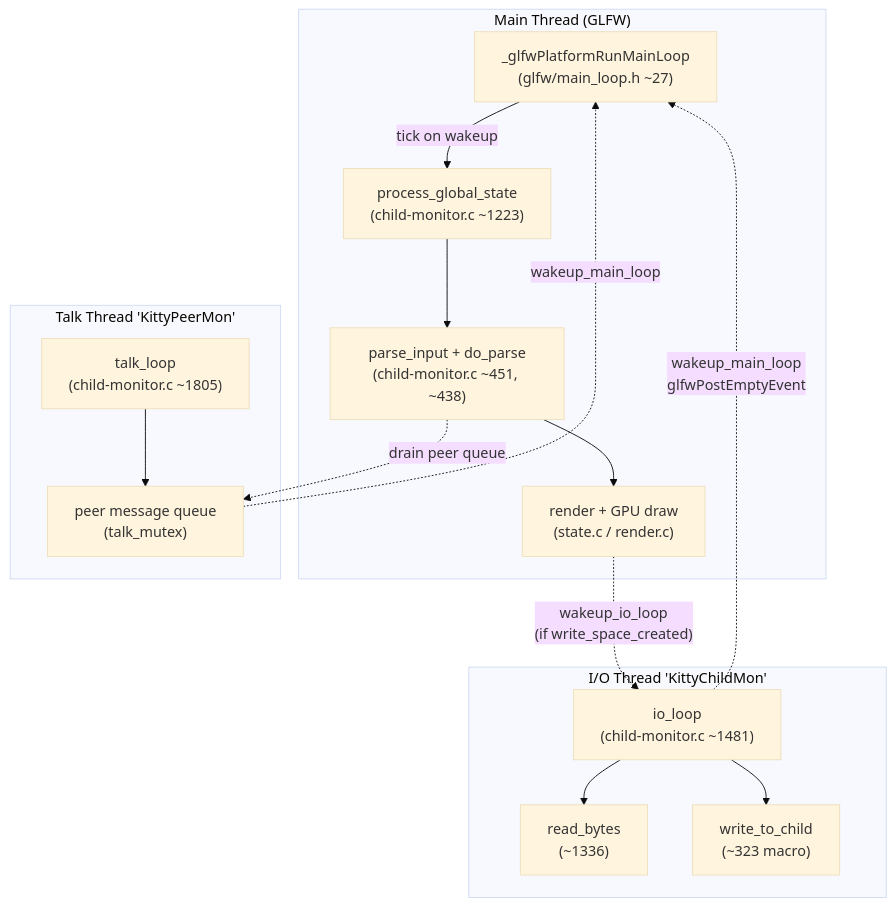
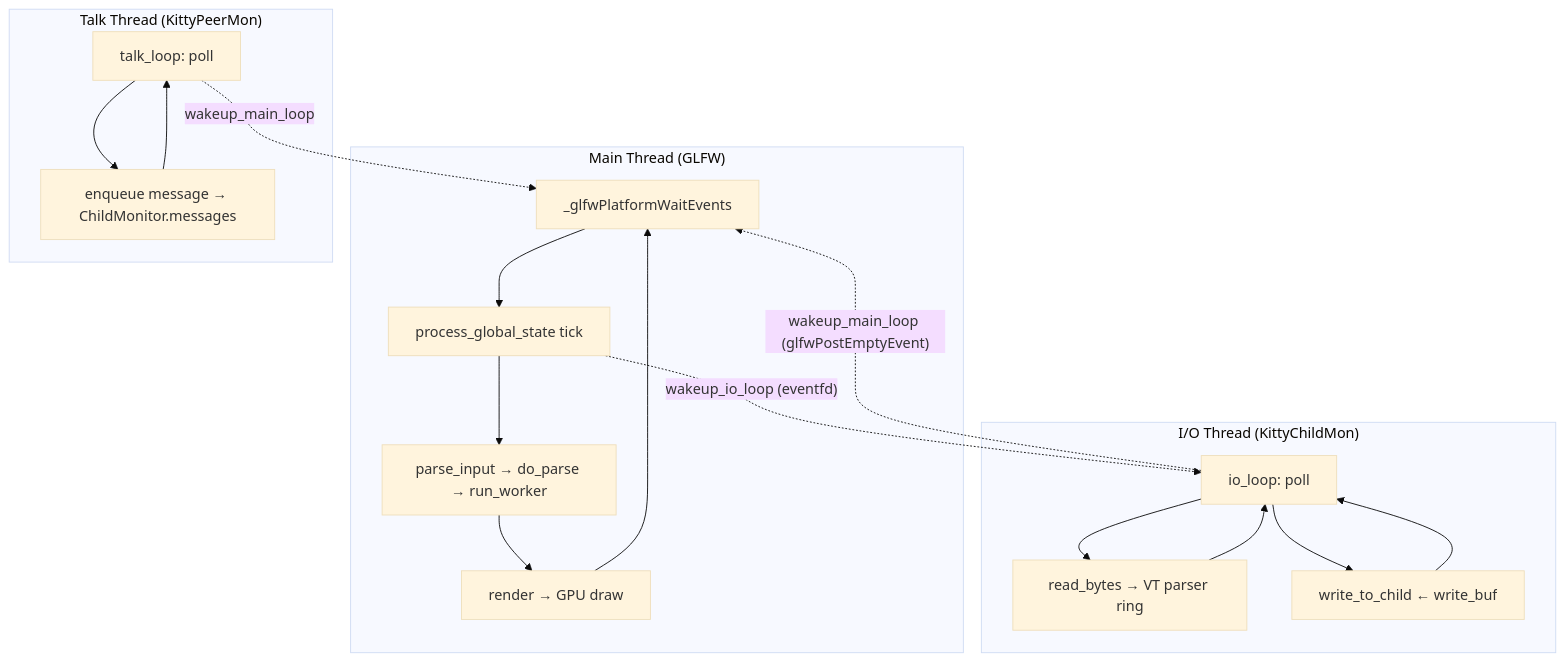
The first of 4 diagrams in blitzy/documentation/kitty_815df1e210e0.md (blitzy-research/kitty), drawn with Mermaid (base theme) before and after one commit. The commit also changed other lines of this file, not shown here.

First line of the commit message:
Fix QA findings in kitty_815df1e210e0.md: size overrun and Window.resize hallucination

````diff
--- a/blitzy/documentation/kitty_815df1e210e0.md
+++ b/blitzy/documentation/kitty_815df1e210e0.md
@@ -274,27 +148,27 @@
 ```mermaid
 flowchart TB
     subgraph Main["Main Thread (GLFW)"]
-        GLoop["_glfwPlatformRunMainLoop<br/>(glfw/main_loop.h ~27)"]
-        Tick["process_global_state<br/>(child-monitor.c ~1223)"]
-        Parse["parse_input + do_parse<br/>(child-monitor.c ~451, ~438)"]
-        Render["render + GPU draw<br/>(state.c / render.c)"]
-        GLoop -->|"tick on wakeup"| Tick
-        Tick --> Parse --> Render
+        MainLoop[_glfwPlatformWaitEvents]
+        Tick[process_global_state tick]
+        Parse[parse_input → do_parse → run_worker]
+        Render[render → GPU draw]
     end
-    subgraph IO["I/O Thread 'KittyChildMon'"]
-        IOLoop["io_loop<br/>(child-monitor.c ~1481)"]
-        ReadB["read_bytes<br/>(~1336)"]
-        WriteC["write_to_child<br/>(~323 macro)"]
-        IOLoop --> ReadB
-        IOLoop --> WriteC
+    subgraph IO["I/O Thread (KittyChildMon)"]
+        IOPoll[io_loop: poll]
+        ReadBytes[read_bytes → VT parser ring]
+        WriteChild[write_to_child ← write_buf]
     end
-    subgraph Talk["Talk Thread 'KittyPeerMon'"]
-        TLoop["talk_loop<br/>(child-monitor.c ~1805)"]
-        PeerQ["peer message queue<br/>(talk_mutex)"]
-        TLoop --> PeerQ
+    subgraph Talk["Talk Thread (KittyPeerMon)"]
+        TalkPoll[talk_loop: poll]
+        Enq[enqueue message → ChildMonitor.messages]
     end
-    IOLoop -.->|"wakeup_main_loop<br/>glfwPostEmptyEvent"| GLoop
-    PeerQ -.->|"wakeup_main_loop"| GLoop
-    Render -.->|"wakeup_io_loop<br/>(if write_space_created)"| IOLoop
-    Parse -.->|"drain peer queue"| PeerQ
+
+    MainLoop --> Tick --> Parse --> Render --> MainLoop
+    IOPoll --> ReadBytes --> IOPoll
+    IOPoll --> WriteChild --> IOPoll
+    TalkPoll --> Enq --> TalkPoll
+
+    IOPoll -. wakeup_main_loop (glfwPostEmptyEvent) .-> MainLoop
+    TalkPoll -. wakeup_main_loop .-> MainLoop
+    Tick -. wakeup_io_loop (eventfd) .-> IOPoll
 ```
````
